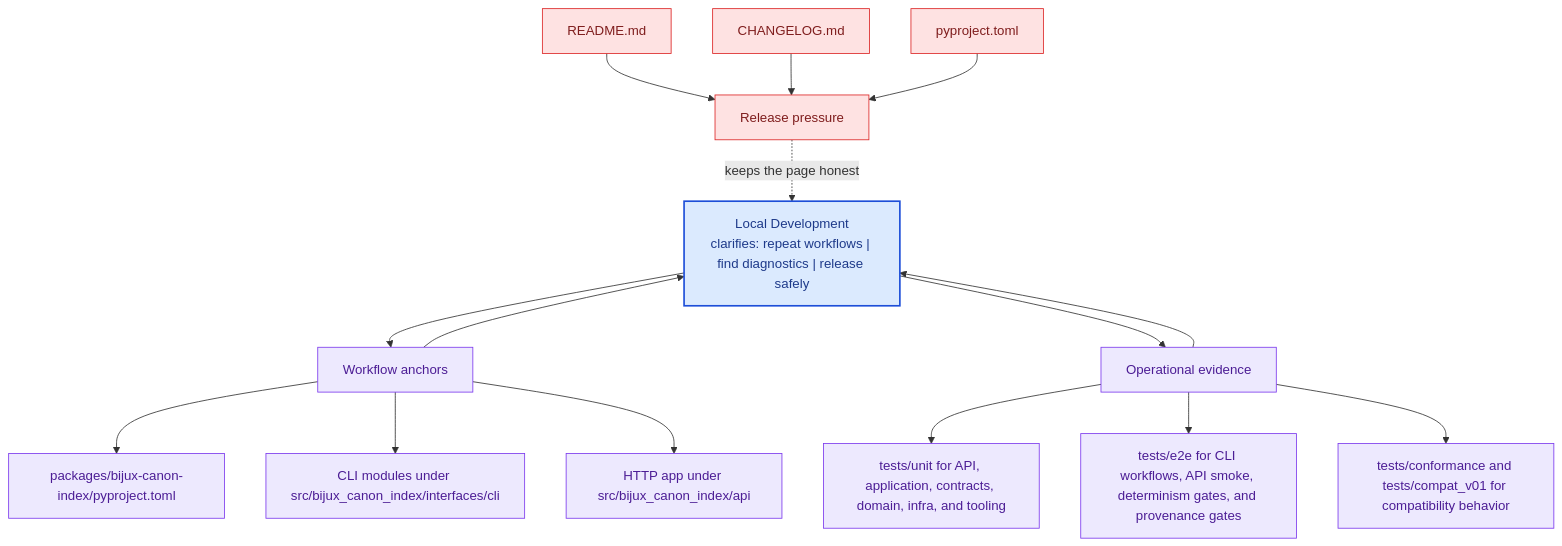
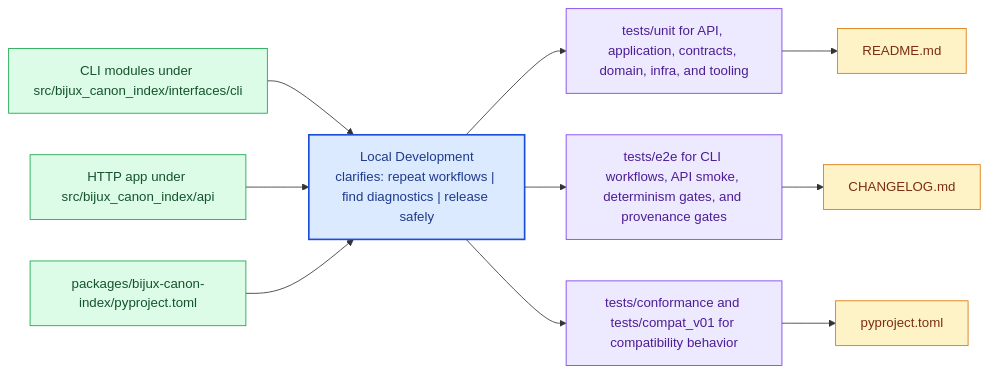
The diagram in docs/bijux-canon-index/operations/local-development.md (bijux/bijux-canon), drawn with Mermaid before and after one commit. The commit also changed other lines of this file and 281 other files, not shown here.

Commit message:
docs(diagrams): replace repeated mermaid scaffolds with page-specific summaries

````diff
--- a/docs/bijux-canon-index/operations/local-development.md
+++ b/docs/bijux-canon-index/operations/local-development.md
@@ -68,41 +23,31 @@
 ```mermaid
-flowchart TB
-    promise["Local Development<br/>clarifies: repeat workflows | find diagnostics | release safely"]
-    classDef promise fill:#dbeafe,stroke:#1d4ed8,color:#1e3a8a,stroke-width:2px;
-    classDef driver fill:#dcfce7,stroke:#16a34a,color:#14532d;
-    classDef constraint fill:#fee2e2,stroke:#dc2626,color:#7f1d1d;
-    classDef ground fill:#ede9fe,stroke:#7c3aed,color:#4c1d95;
-    focus1["Workflow anchors"]
-    focus1 --> promise
-    promise --> focus1
-    focus1_1["packages/bijux-canon-index/pyproject.toml"]
-    focus1 --> focus1_1
-    focus1_2["CLI modules under src/bijux_canon_index/interfaces/cli"]
-    focus1 --> focus1_2
-    focus1_3["HTTP app under src/bijux_canon_index/api"]
-    focus1 --> focus1_3
-    class focus1 ground;
-    class focus1_1,focus1_2,focus1_3 ground;
-    focus2["Operational evidence"]
-    focus2 --> promise
-    promise --> focus2
-    focus2_1["tests/unit for API, application, contracts, domain, infra, and tooling"]
-    focus2 --> focus2_1
-    focus2_2["tests/e2e for CLI workflows, API smoke, determinism gates, and provenance gates"]
-    focus2 --> focus2_2
-    focus2_3["tests/conformance and tests/compat_v01 for compatibility behavior"]
-    focus2 --> focus2_3
-    class focus2 ground;
-    class focus2_1,focus2_2,focus2_3 ground;
-    focus3["Release pressure"]
-    focus3 -.keeps the page honest.-> promise
-    focus3_1["README.md"]
-    focus3_1 --> focus3
-    focus3_2["CHANGELOG.md"]
-    focus3_2 --> focus3
-    focus3_3["pyproject.toml"]
-    focus3_3 --> focus3
-    class focus3 constraint;
-    class focus3_1,focus3_2,focus3_3 constraint;
-    class promise promise;
+flowchart LR
+    page["Local Development<br/>clarifies: repeat workflows | find diagnostics | release safely"]
+    classDef page fill:#dbeafe,stroke:#1d4ed8,color:#1e3a8a,stroke-width:2px;
+    classDef positive fill:#dcfce7,stroke:#16a34a,color:#14532d;
+    classDef caution fill:#fee2e2,stroke:#dc2626,color:#7f1d1d;
+    classDef anchor fill:#ede9fe,stroke:#7c3aed,color:#4c1d95;
+    classDef action fill:#fef3c7,stroke:#d97706,color:#7c2d12;
+    step1["CLI modules under src/bijux_canon_index/interfaces/cli"]
+    step1 --> page
+    step2["HTTP app under src/bijux_canon_index/api"]
+    step2 --> page
+    step3["packages/bijux-canon-index/pyproject.toml"]
+    step3 --> page
+    run1["tests/unit for API, application, contracts, domain, infra, and tooling"]
+    page --> run1
+    run2["tests/e2e for CLI workflows, API smoke, determinism gates, and provenance gates"]
+    page --> run2
+    run3["tests/conformance and tests/compat_v01 for compatibility behavior"]
+    page --> run3
+    release1["README.md"]
+    run1 --> release1
+    release2["CHANGELOG.md"]
+    run2 --> release2
+    release3["pyproject.toml"]
+    run3 --> release3
+    class page page;
+    class step1,step2,step3 positive;
+    class run1,run2,run3 anchor;
+    class release1,release2,release3 action;
 ```
````
